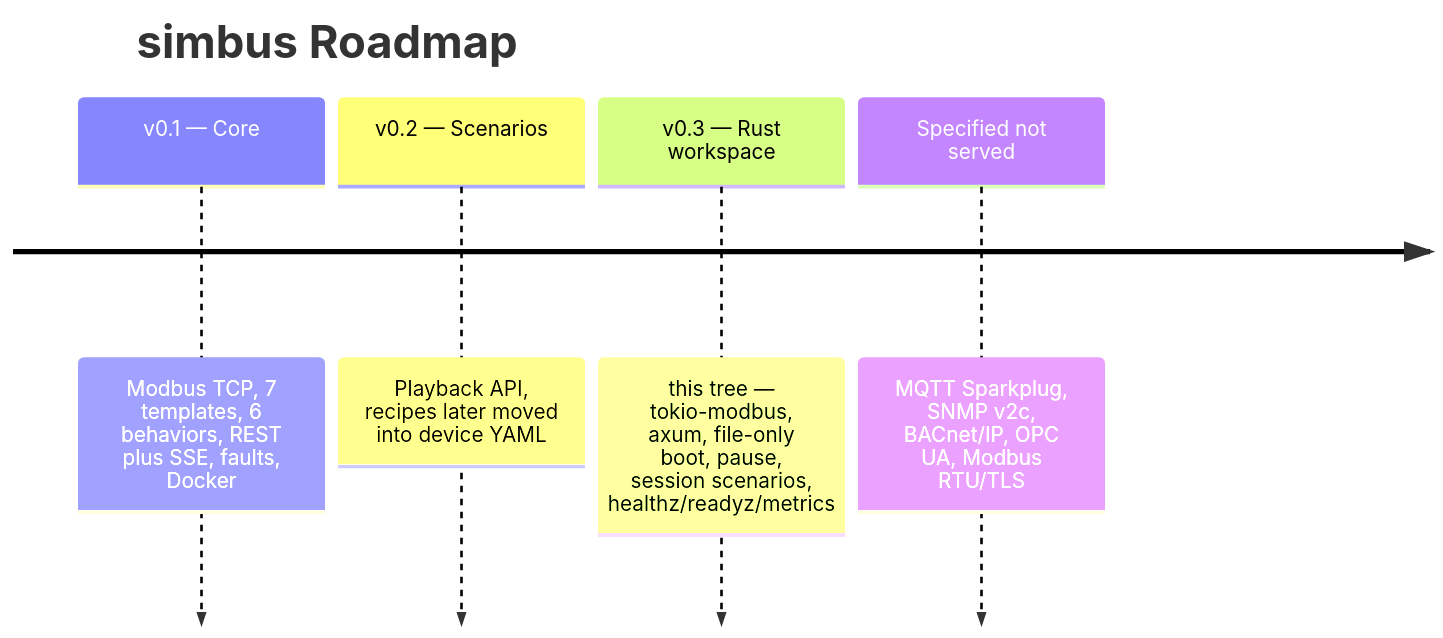
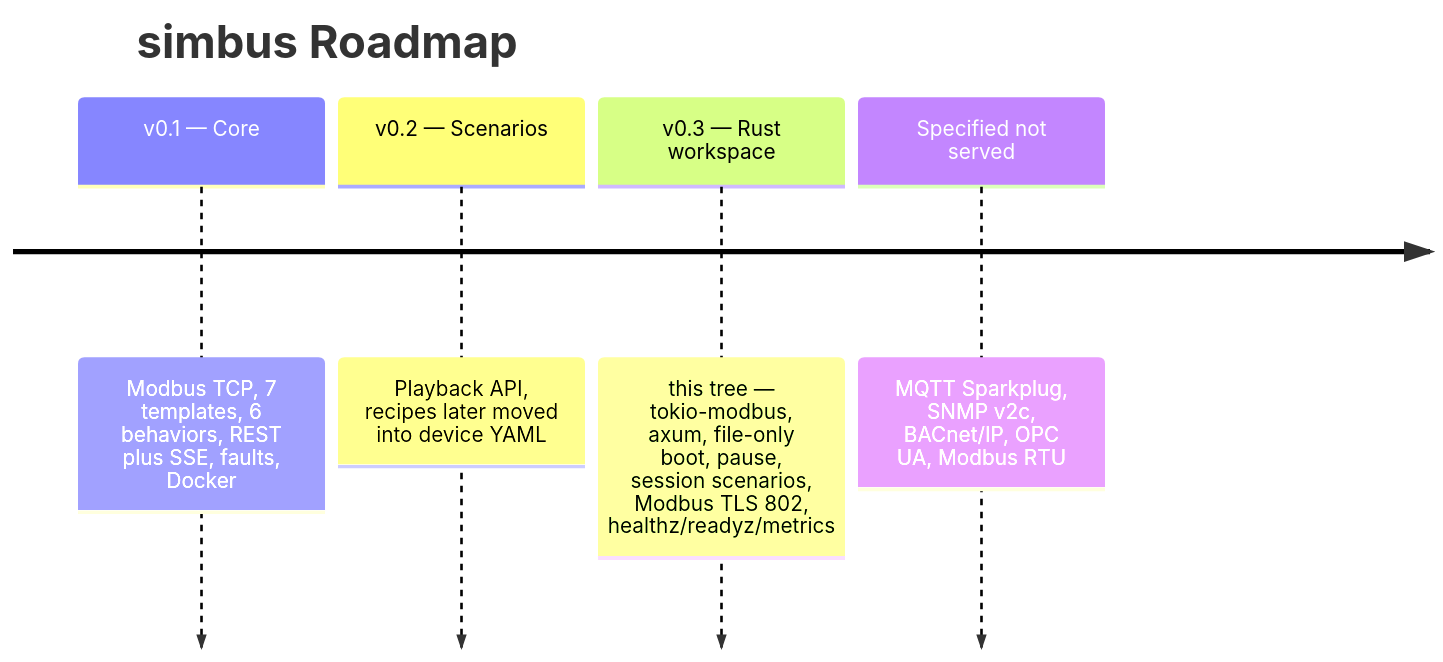
Before and after one commit to obsidia-systems/simbus: the fifth of 5 diagrams in README.md, drawn with Mermaid. The commit also changed other lines of this file and 22 other files, not shown here.

First line of the commit message:
Implement Modbus TLS support and enhance documentation

````diff
--- a/README.md
+++ b/README.md
@@ -800,8 +833,8 @@
 ```mermaid
 timeline
     title simbus Roadmap
     v0.1 — Core : Modbus TCP, 7 templates, 6 behaviors, REST plus SSE, faults, Docker
     v0.2 — Scenarios : Playback API, recipes later moved into device YAML
-    v0.3 — Rust workspace : this tree — tokio-modbus, axum, file-only boot, pause, session scenarios, healthz/readyz/metrics
-    Specified not served : MQTT Sparkplug, SNMP v2c, BACnet/IP, OPC UA, Modbus RTU/TLS
+    v0.3 — Rust workspace : this tree — tokio-modbus, axum, file-only boot, pause, session scenarios, Modbus TLS 802, healthz/readyz/metrics
+    Specified not served : MQTT Sparkplug, SNMP v2c, BACnet/IP, OPC UA, Modbus RTU
 ```
````
